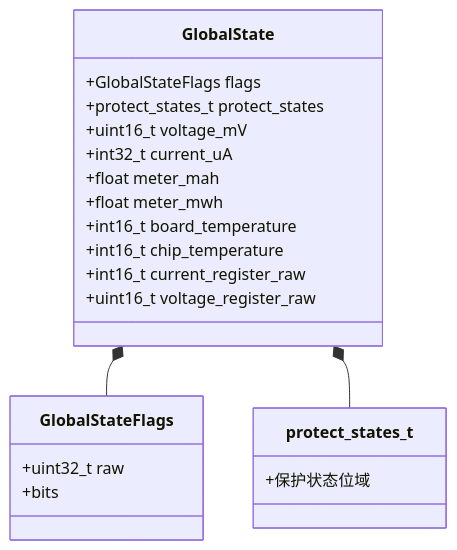
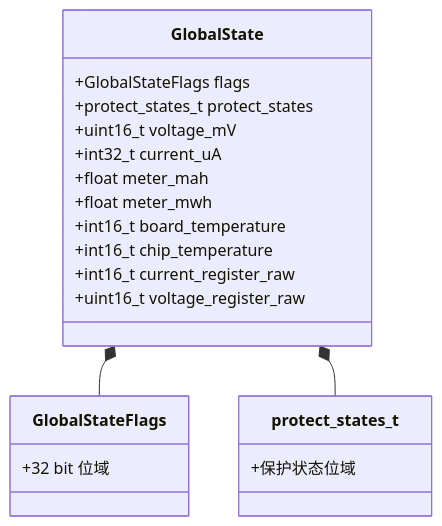
One commit to qingmeijiupiao/Wireless_power_meter_lite changed the second of 2 diagrams in components/app/global_state/README.md. Above: the diagram before and after it, drawn with Mermaid. The commit also changed other lines of this file and 22 other files, not shown here.

````diff
--- a/components/app/global_state/README.md
+++ b/components/app/global_state/README.md
@@ -39,24 +39,23 @@
 ```mermaid
 classDiagram
     class GlobalState {
         +GlobalStateFlags flags
         +protect_states_t protect_states
         +uint16_t voltage_mV
         +int32_t current_uA
         +float meter_mah
         +float meter_mwh
         +int16_t board_temperature
         +int16_t chip_temperature
         +int16_t current_register_raw
         +uint16_t voltage_register_raw
     }
     class GlobalStateFlags {
-        +uint32_t raw
-        +bits
+        +32 bit 位域
     }
     class protect_states_t {
         +保护状态位域
     }
     GlobalState *-- GlobalStateFlags
     GlobalState *-- protect_states_t
 ```
````
